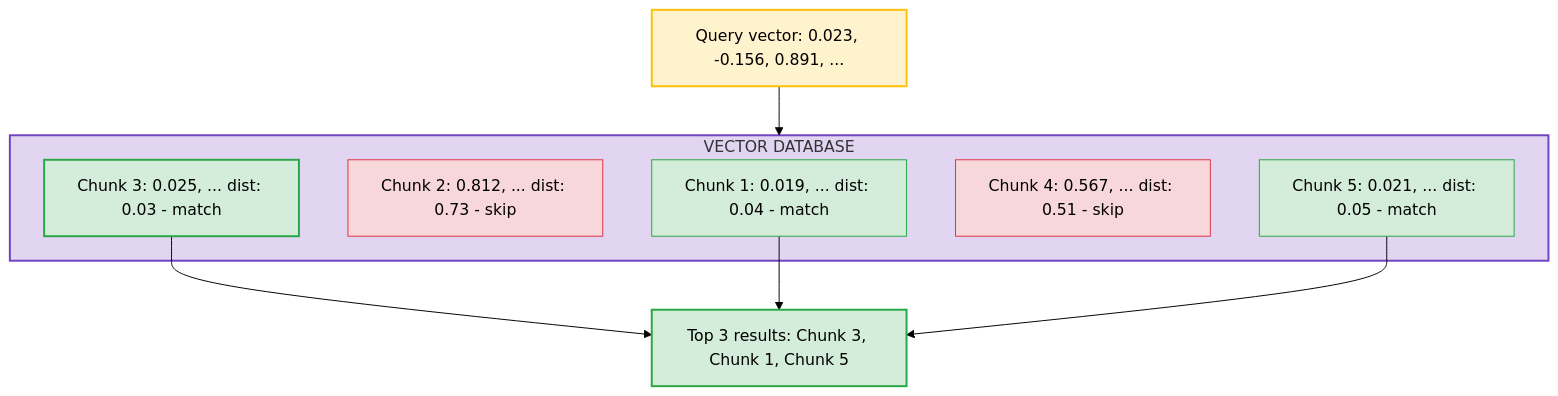
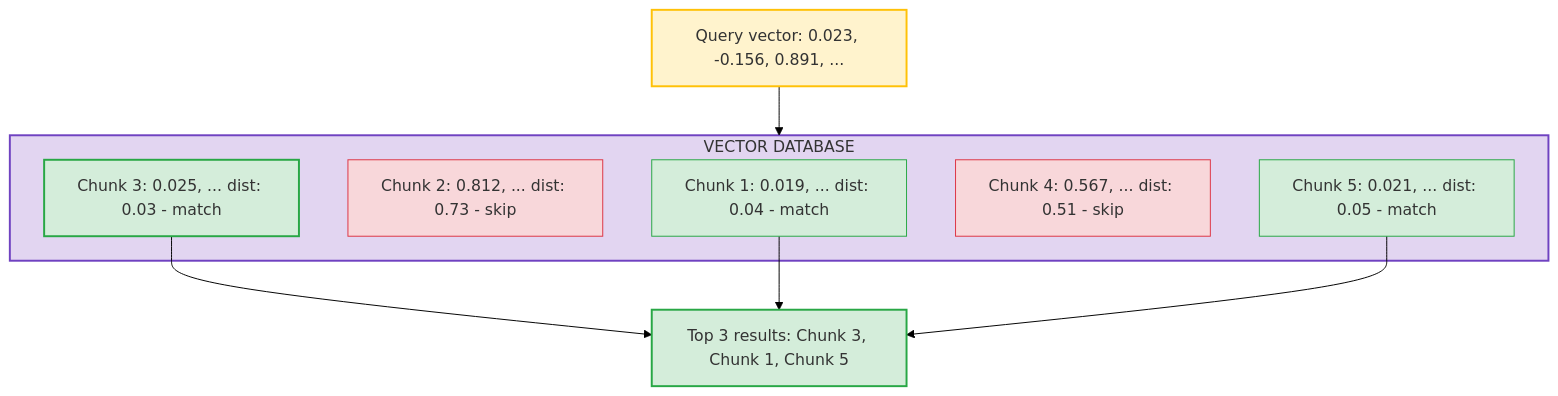
The fifth of 10 diagrams in docs/04-rag-deep-dive.md (ithinktavo/GenAI-Engineering-Handbook), drawn with Mermaid (forest theme) before and after one commit. The commit also changed other lines of this file and 9 other files, not shown here.

Commit message:
Fix Mermaid diagram text contrast: add color:#333 for readable dark text on colored backgrounds

````diff
--- a/docs/04-rag-deep-dive.md
+++ b/docs/04-rag-deep-dive.md
@@ -234,28 +234,28 @@
 ```mermaid
 graph TD
     Q["Query vector: 0.023, -0.156, 0.891, ..."]
 
     subgraph VDB["VECTOR DATABASE"]
         C1["Chunk 1: 0.019, ... dist: 0.04 - match"]
         C2["Chunk 2: 0.812, ... dist: 0.73 - skip"]
         C3["Chunk 3: 0.025, ... dist: 0.03 - match"]
         C4["Chunk 4: 0.567, ... dist: 0.51 - skip"]
         C5["Chunk 5: 0.021, ... dist: 0.05 - match"]
     end
 
     R["Top 3 results: Chunk 3, Chunk 1, Chunk 5"]
 
     Q --> VDB
     C3 --> R
     C1 --> R
     C5 --> R
 
-    style Q fill:#fff3cd,stroke:#ffc107,stroke-width:2px
-    style VDB fill:#e2d5f1,stroke:#6f42c1,stroke-width:2px
-    style C1 fill:#d4edda,stroke:#28a745
-    style C2 fill:#f8d7da,stroke:#dc3545
-    style C3 fill:#d4edda,stroke:#28a745,stroke-width:2px
-    style C4 fill:#f8d7da,stroke:#dc3545
-    style C5 fill:#d4edda,stroke:#28a745
-    style R fill:#d4edda,stroke:#28a745,stroke-width:2px
+    style Q fill:#fff3cd,stroke:#ffc107,stroke-width:2px,color:#333
+    style VDB fill:#e2d5f1,stroke:#6f42c1,stroke-width:2px,color:#333
+    style C1 fill:#d4edda,stroke:#28a745,color:#333
+    style C2 fill:#f8d7da,stroke:#dc3545,color:#333
+    style C3 fill:#d4edda,stroke:#28a745,stroke-width:2px,color:#333
+    style C4 fill:#f8d7da,stroke:#dc3545,color:#333
+    style C5 fill:#d4edda,stroke:#28a745,color:#333
+    style R fill:#d4edda,stroke:#28a745,stroke-width:2px,color:#333
 ```
````
